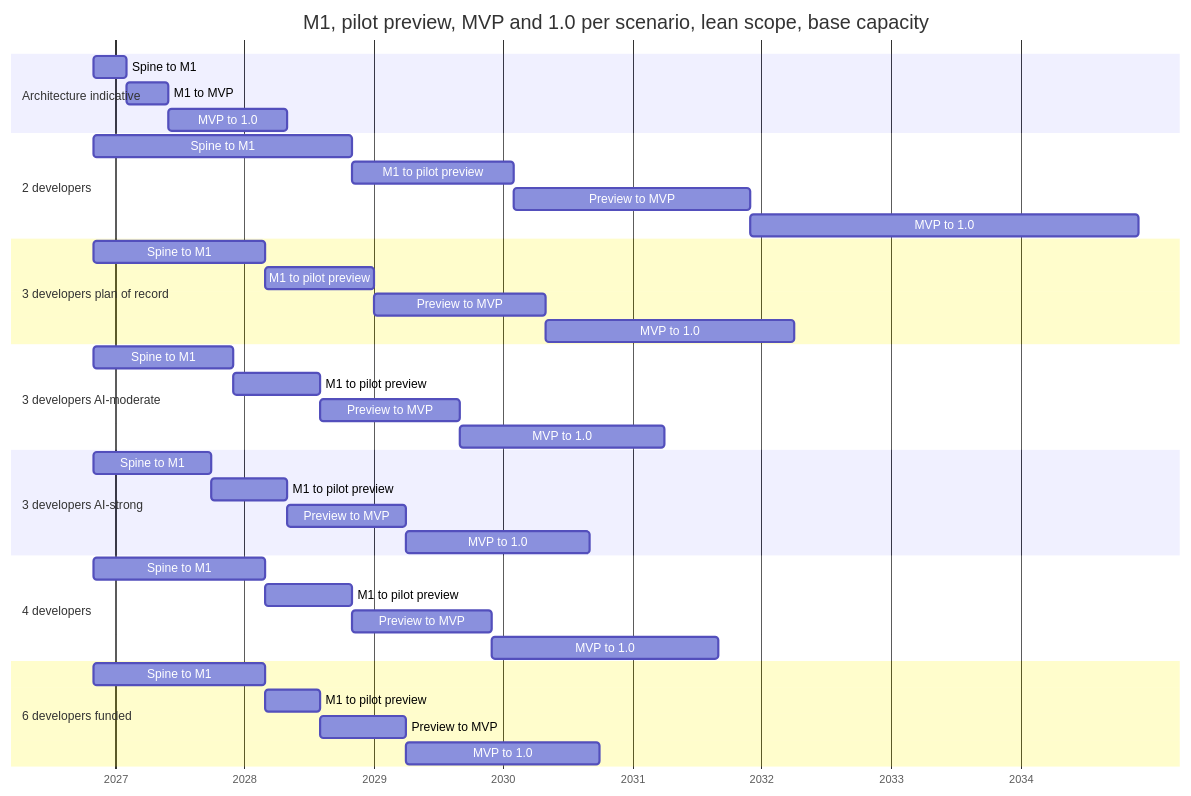
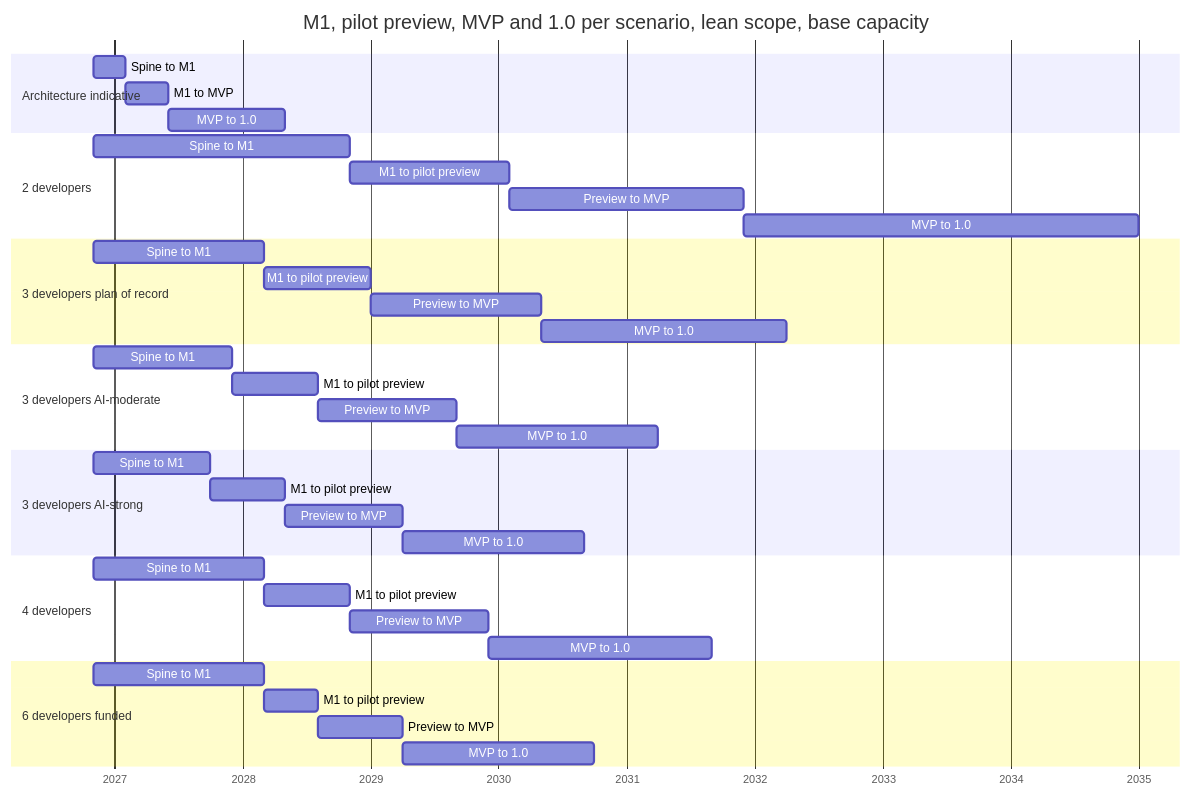
Before and after one commit to Ironkode787/ElektraWatt: the first of 3 diagrams in docs/plan/01-global-plan.md, drawn with Mermaid. The commit also changed other lines of this file and 13 other files, not shown here.

````diff
--- a/docs/plan/01-global-plan.md
+++ b/docs/plan/01-global-plan.md
@@ -341,40 +341,40 @@
 ```mermaid
 gantt
   title M1, pilot preview, MVP and 1.0 per scenario, lean scope, base capacity
   dateFormat YYYY-MM-DD
   axisFormat %Y
   section Architecture indicative
   Spine to M1         :i1, 2026-11-01, 2027-02-01
   M1 to MVP           :i2, 2027-02-01, 2027-06-01
   MVP to 1.0          :i3, 2027-06-01, 2028-05-01
   section 2 developers
   Spine to M1         :s00, 2026-11-01, 2028-11-01
   M1 to pilot preview :s01, 2028-11-01, 2030-02-01
   Preview to MVP      :s02, 2030-02-01, 2031-12-01
-  MVP to 1.0          :s03, 2031-12-01, 2034-12-01
+  MVP to 1.0          :s03, 2031-12-01, 2035-01-01
   section 3 developers plan of record
   Spine to M1         :s10, 2026-11-01, 2028-03-01
   M1 to pilot preview :s11, 2028-03-01, 2029-01-01
   Preview to MVP      :s12, 2029-01-01, 2030-05-01
   MVP to 1.0          :s13, 2030-05-01, 2032-04-01
   section 3 developers AI-moderate
   Spine to M1         :s20, 2026-11-01, 2027-12-01
   M1 to pilot preview :s21, 2027-12-01, 2028-08-01
   Preview to MVP      :s22, 2028-08-01, 2029-09-01
   MVP to 1.0          :s23, 2029-09-01, 2031-04-01
   section 3 developers AI-strong
   Spine to M1         :s30, 2026-11-01, 2027-10-01
   M1 to pilot preview :s31, 2027-10-01, 2028-05-01
   Preview to MVP      :s32, 2028-05-01, 2029-04-01
   MVP to 1.0          :s33, 2029-04-01, 2030-09-01
   section 4 developers
   Spine to M1         :s40, 2026-11-01, 2028-03-01
   M1 to pilot preview :s41, 2028-03-01, 2028-11-01
   Preview to MVP      :s42, 2028-11-01, 2029-12-01
   MVP to 1.0          :s43, 2029-12-01, 2031-09-01
   section 6 developers funded
   Spine to M1         :s50, 2026-11-01, 2028-03-01
   M1 to pilot preview :s51, 2028-03-01, 2028-08-01
   Preview to MVP      :s52, 2028-08-01, 2029-04-01
   MVP to 1.0          :s53, 2029-04-01, 2030-10-01
 ```
````
